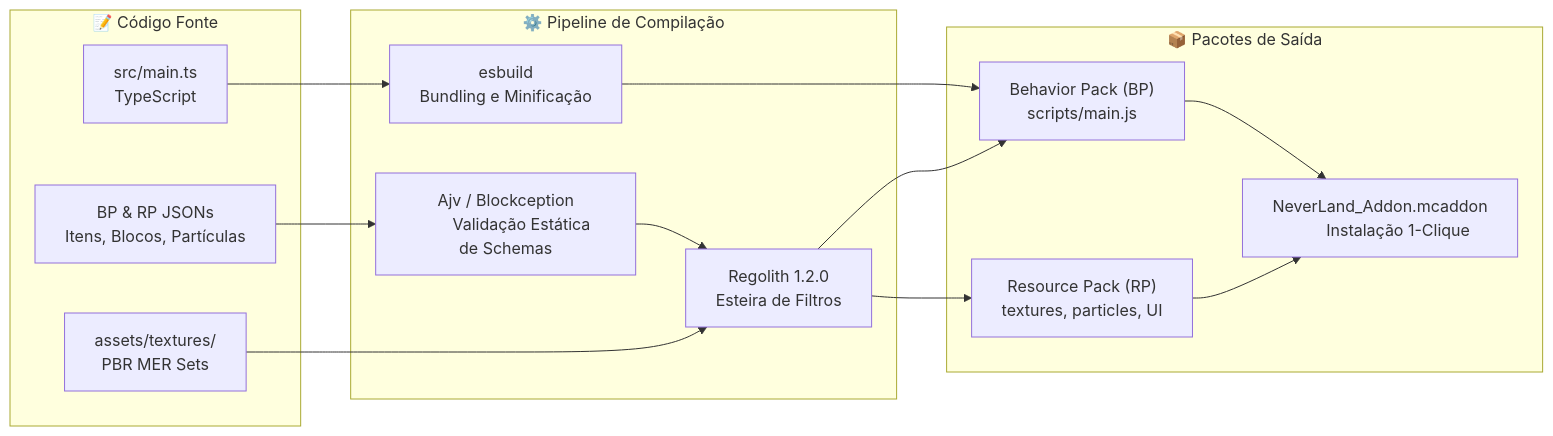
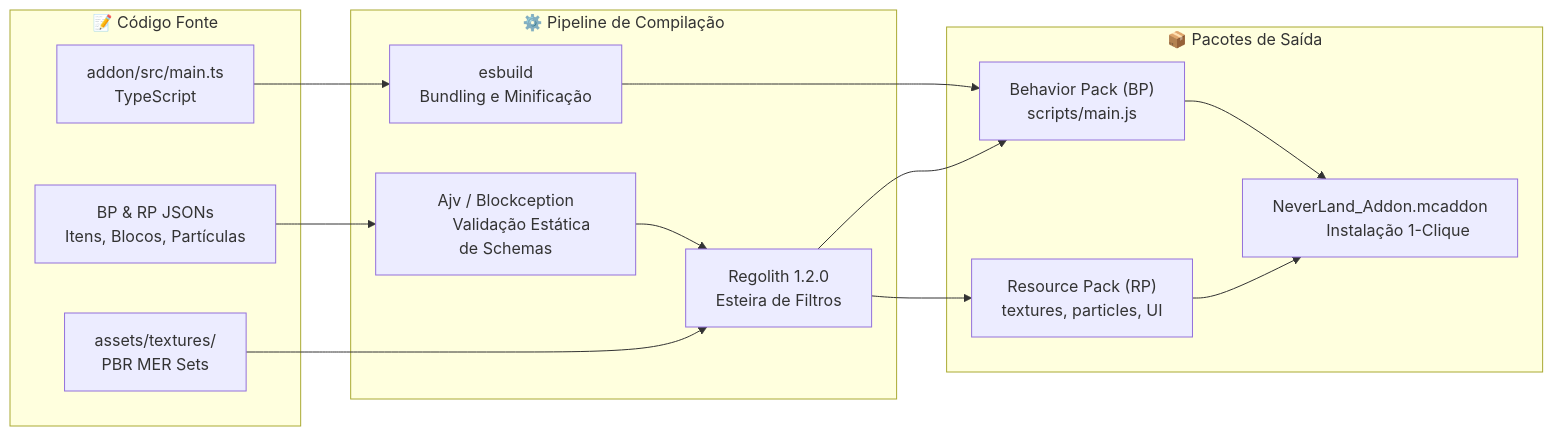
One commit to Bruno0103/Minecraft-Server changed the second of 3 diagrams in README.md. Above: the diagram before and after it, drawn with Mermaid. The commit also changed other lines of this file and 69 other files, not shown here.

````diff
--- a/README.md
+++ b/README.md
@@ -107,39 +107,39 @@
 ```mermaid
 flowchart LR
     subgraph CodigoFonte [" 📝 Código Fonte "]
-        TS["src/main.ts
+        TS["addon/src/main.ts
         TypeScript"]
         JSON["BP & RP JSONs
         Itens, Blocos, Partículas"]
         Textures["assets/textures/
         PBR MER Sets"]
     end
 
     subgraph Pipeline [" ⚙️ Pipeline de Compilação "]
         ES["esbuild
         Bundling e Minificação"]
         Regolith["Regolith 1.2.0
         Esteira de Filtros"]
         AJV["Ajv / Blockception
         Validação Estática de Schemas"]
     end
 
     subgraph PacotesProntos [" 📦 Pacotes de Saída "]
         BP["Behavior Pack (BP)
         scripts/main.js"]
         RP["Resource Pack (RP)
         textures, particles, UI"]
         MCADDON["NeverLand_Addon.mcaddon
         Instalação 1-Clique"]
     end
 
     TS --> ES
     ES --> BP
     JSON --> AJV
     AJV --> Regolith
     Textures --> Regolith
     Regolith --> BP
     Regolith --> RP
     BP --> MCADDON
     RP --> MCADDON
 ```
````
